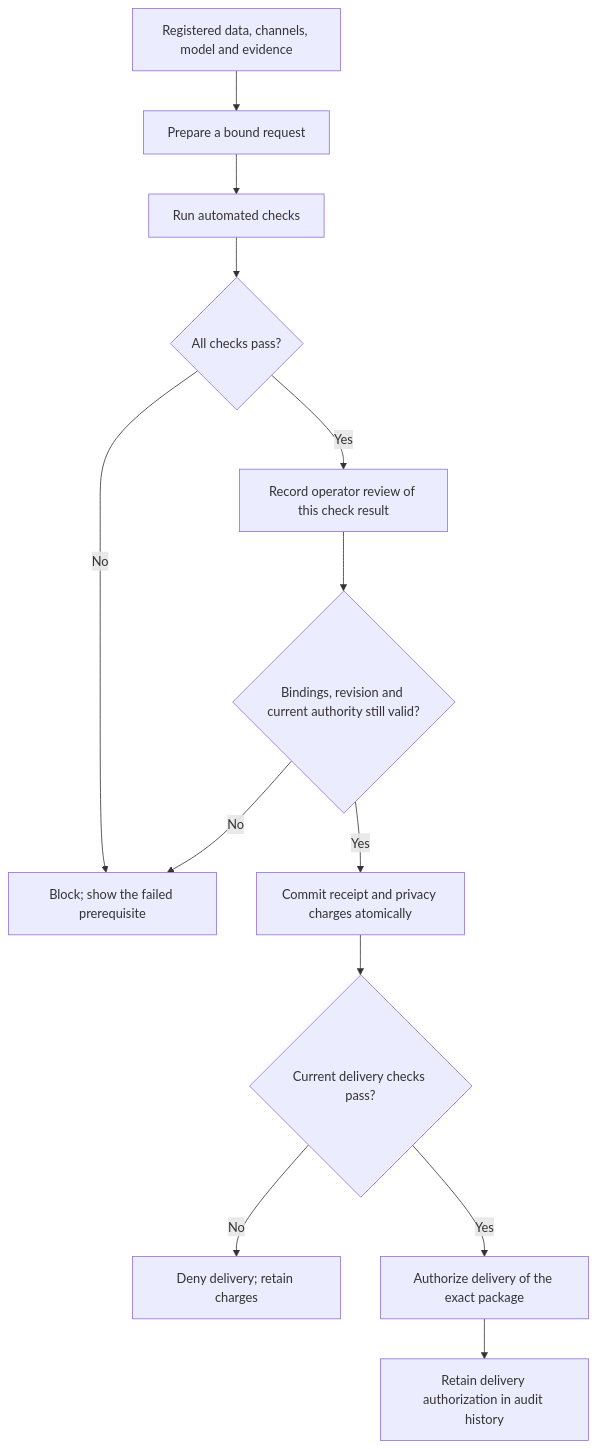
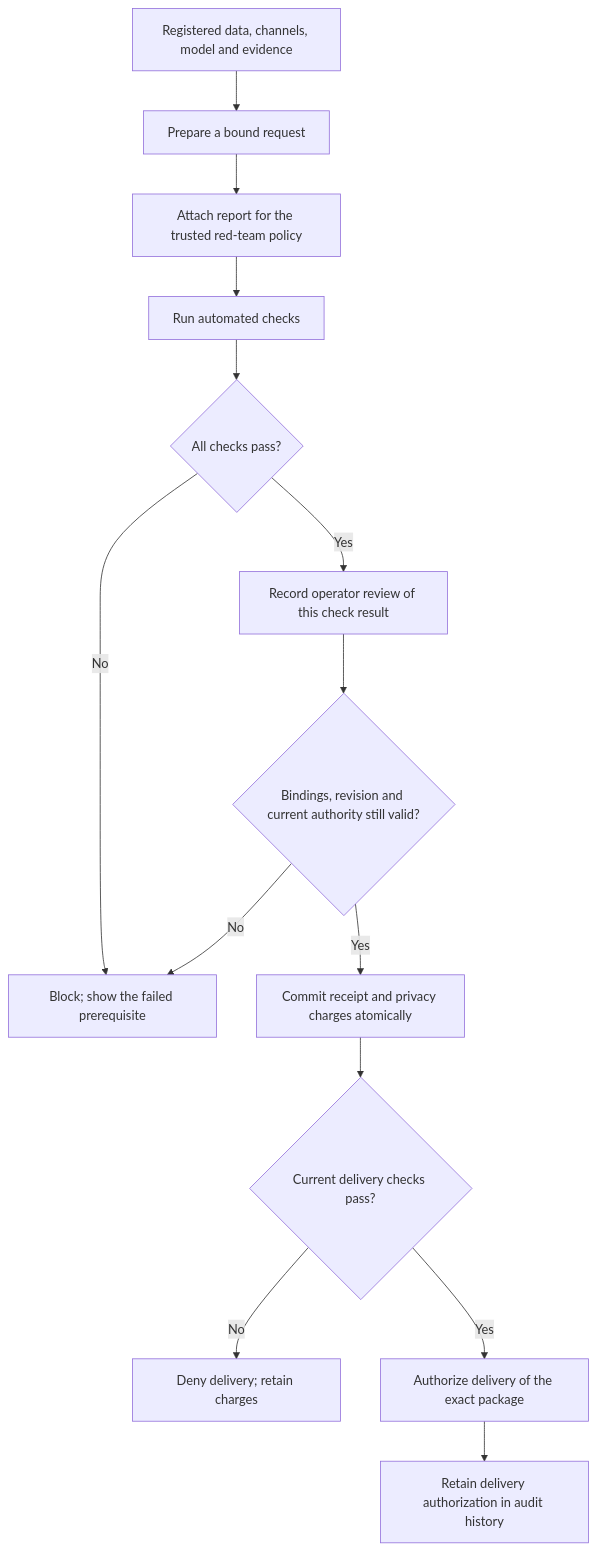
One commit to elmontu/AI_ModeL_Check changed the diagram in docs/enforced-release-workflow.md. Above: the diagram before and after it, drawn with Mermaid. The commit also changed other lines of this file and 407 other files, not shown here.

````diff
--- a/docs/enforced-release-workflow.md
+++ b/docs/enforced-release-workflow.md
@@ -62,15 +62,16 @@
 ```mermaid
 flowchart TD
     A[Registered data, channels, model and evidence] --> B[Prepare a bound request]
-    B --> C[Run automated checks]
+    B --> R[Attach report for the trusted red-team policy]
+    R --> C[Run automated checks]
     C --> D{All checks pass?}
     D -- No --> E[Block; show the failed prerequisite]
     D -- Yes --> F[Record operator review of this check result]
     F --> G{Bindings, revision and current authority still valid?}
     G -- No --> E
     G -- Yes --> H[Commit receipt and privacy charges atomically]
     H --> I{Current delivery checks pass?}
     I -- No --> J[Deny delivery; retain charges]
     I -- Yes --> K[Authorize delivery of the exact package]
     K --> L[Retain delivery authorization in audit history]
 ```
````
